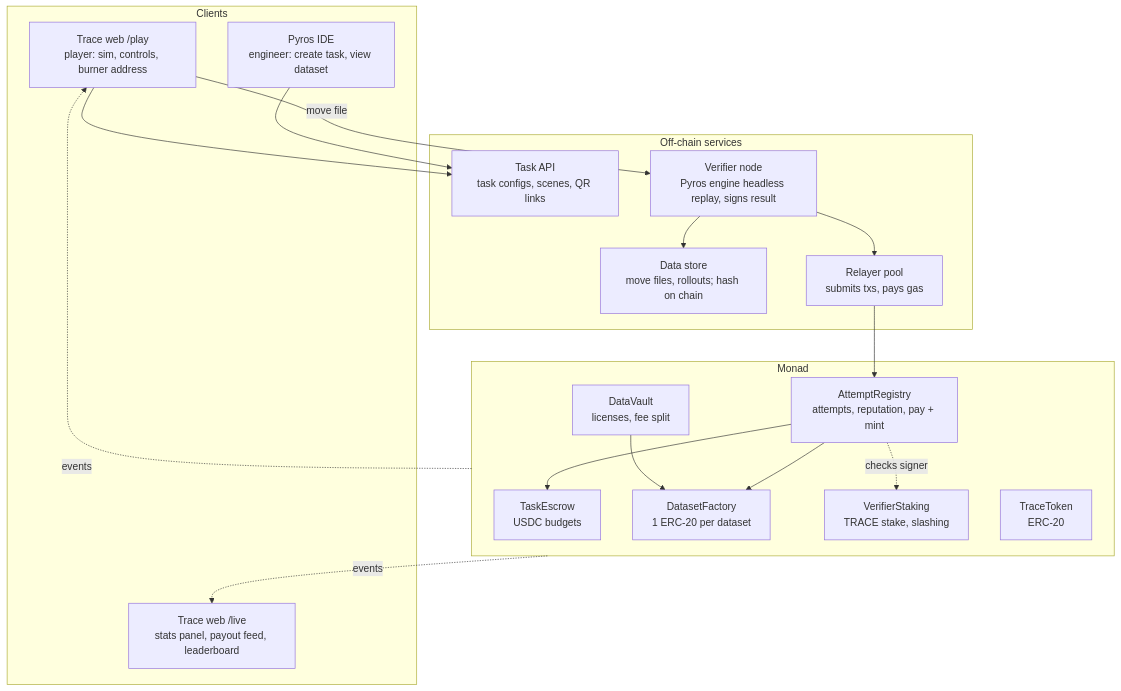
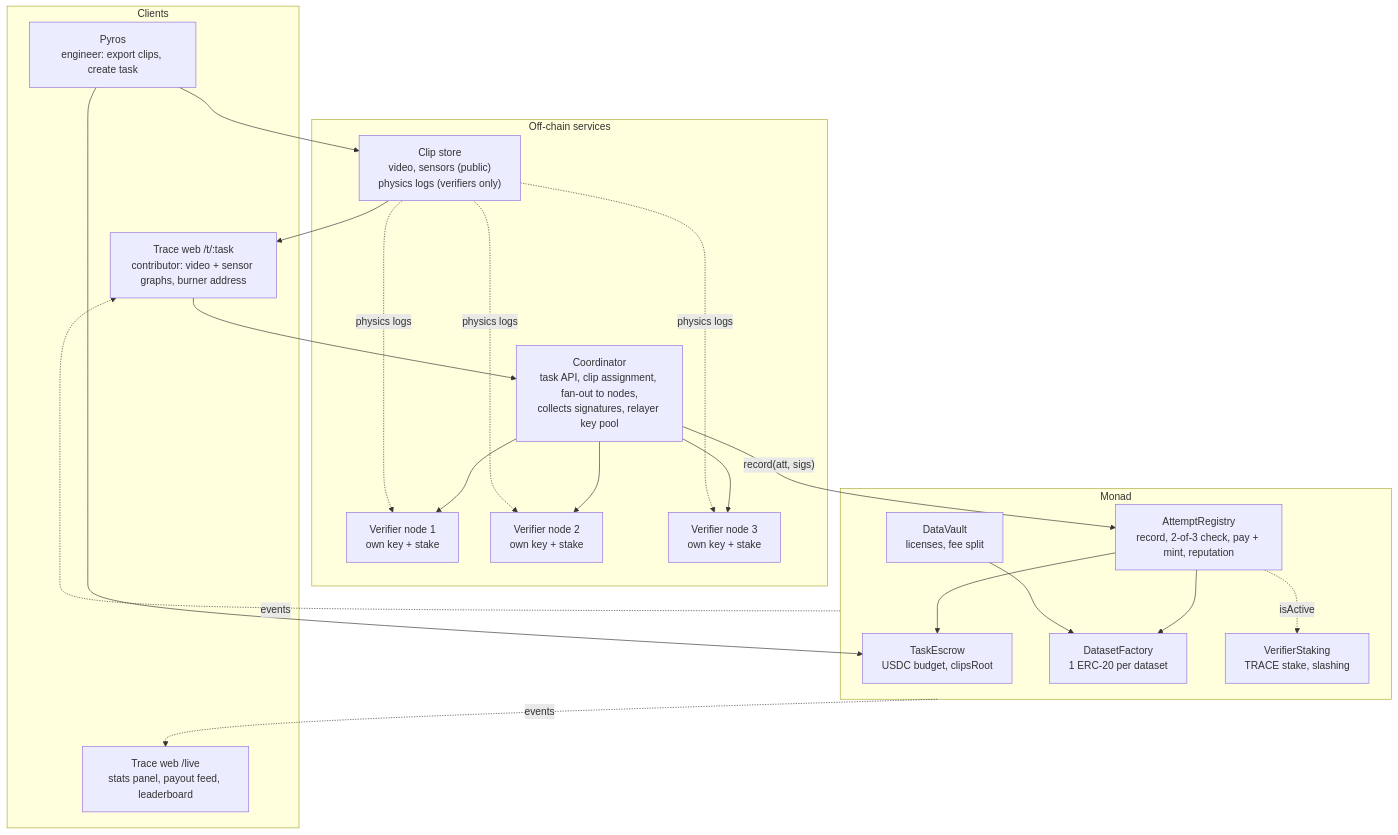
One commit to monad-developers/monad-blitz-devcon-mumbai changed the first of 2 diagrams in ARCHITECTURE.md. Above: the diagram before and after it, drawn with Mermaid. The commit also changed other lines of this file, not shown here.

Commit message:
docs: Trace architecture with 3-node 2-of-3 annotation verification

````diff
--- a/ARCHITECTURE.md
+++ b/ARCHITECTURE.md
@@ -18,34 +27,35 @@
 ```mermaid
 flowchart TB
   subgraph clients["Clients"]
-    ide["Pyros IDE<br/>engineer: create task, view dataset"]
-    play["Trace web /play<br/>player: sim, controls, burner address"]
+    ide["Pyros<br/>engineer: export clips, create task"]
+    app["Trace web /t/:task<br/>contributor: video + sensor graphs, burner address"]
     live["Trace web /live<br/>stats panel, payout feed, leaderboard"]
   end
   subgraph offchain["Off-chain services"]
-    api["Task API<br/>task configs, scenes, QR links"]
-    ver["Verifier node<br/>Pyros engine headless replay, signs result"]
-    store["Data store<br/>move files, rollouts; hash on chain"]
-    relay["Relayer pool<br/>submits txs, pays gas"]
+    coord["Coordinator<br/>task API, clip assignment, fan-out to nodes,<br/>collects signatures, relayer key pool"]
+    v1["Verifier node 1<br/>own key + stake"]
+    v2["Verifier node 2<br/>own key + stake"]
+    v3["Verifier node 3<br/>own key + stake"]
+    store["Clip store<br/>video, sensors (public)<br/>physics logs (verifiers only)"]
   end
   subgraph monad["Monad"]
-    esc["TaskEscrow<br/>USDC budgets"]
-    reg["AttemptRegistry<br/>attempts, reputation, pay + mint"]
+    esc["TaskEscrow<br/>USDC budget, clipsRoot"]
+    reg["AttemptRegistry<br/>record, 2-of-3 check, pay + mint, reputation"]
     fac["DatasetFactory<br/>1 ERC-20 per dataset"]
     vault["DataVault<br/>licenses, fee split"]
     stake["VerifierStaking<br/>TRACE stake, slashing"]
-    tok["TraceToken<br/>ERC-20"]
   end
-  ide --> api
-  play --> api
-  play -->|move file| ver
-  ver --> store
-  ver --> relay
-  relay --> reg
+  ide --> store
+  ide --> esc
+  app --> coord
+  store --> app
+  coord --> v1 & v2 & v3
+  store -.physics logs.-> v1 & v2 & v3
+  coord -->|"record(att, sigs)"| reg
   reg --> esc
   reg --> fac
-  reg -.checks signer.-> stake
+  reg -.isActive.-> stake
   vault --> fac
   monad -.events.-> live
-  monad -.events.-> play
+  monad -.events.-> app
 ```
````
